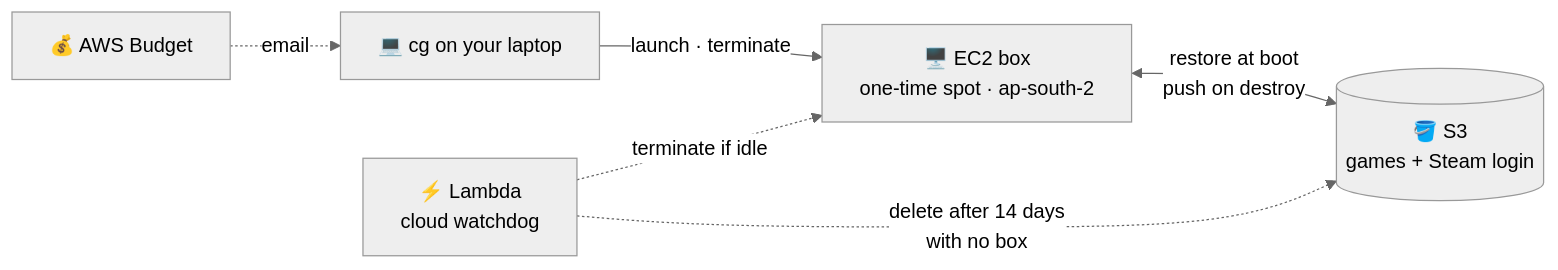
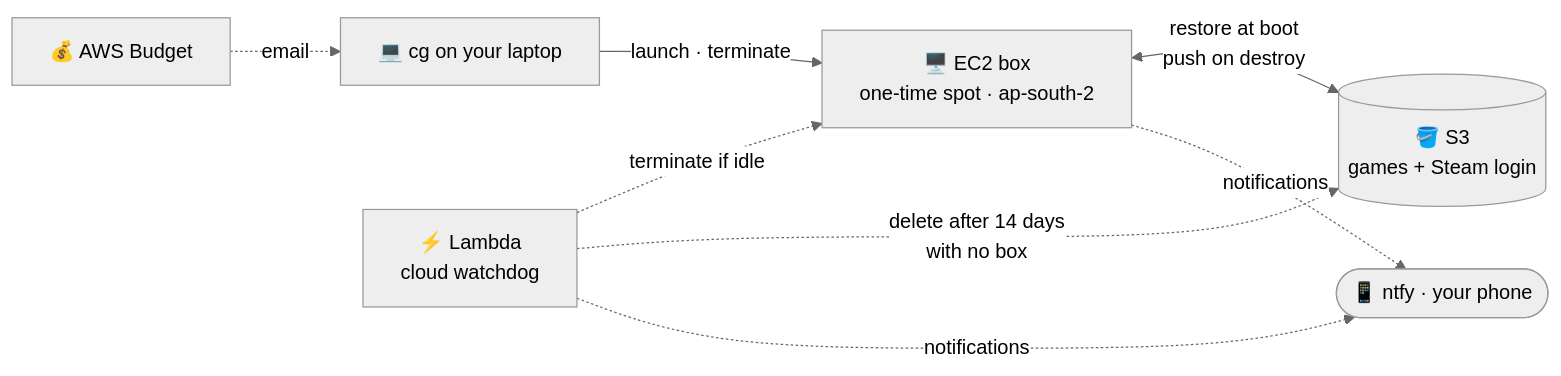
The second of 9 diagrams in docs/architecture.md (jebin2/aws_cloud_gaming), drawn with Mermaid (neutral theme) before and after one commit. The commit also changed other lines of this file, not shown here.

First line of the commit message:
Show notifications and the Tailscale API steps in the architecture doc

````diff
--- a/docs/architecture.md
+++ b/docs/architecture.md
@@ -37,14 +37,17 @@
 ```mermaid
 flowchart LR
   cg["💻 cg on your laptop"]
   ec2["🖥️ EC2 box<br/>one-time spot · ap-south-2"]
   s3[("🪣 S3<br/>games + Steam login")]
   bud["💰 AWS Budget"]
   lam["⚡ Lambda<br/>cloud watchdog"]
 
   cg -->|"launch · terminate"| ec2
   ec2 <-->|"restore at boot<br/>push on destroy"| s3
   lam -.->|"terminate if idle"| ec2
   lam -.->|"delete after 14 days<br/>with no box"| s3
   bud -.->|"email"| cg
+  ntfy(["📱 ntfy · your phone"])
+  lam -.->|"notifications"| ntfy
+  ec2 -.->|"notifications"| ntfy
 ```
````
